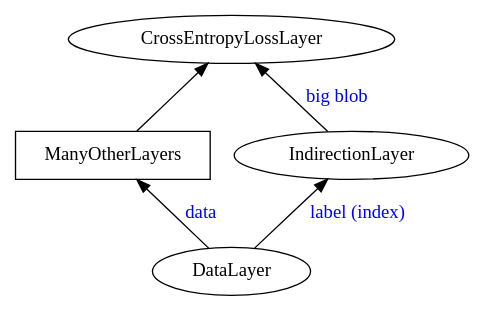
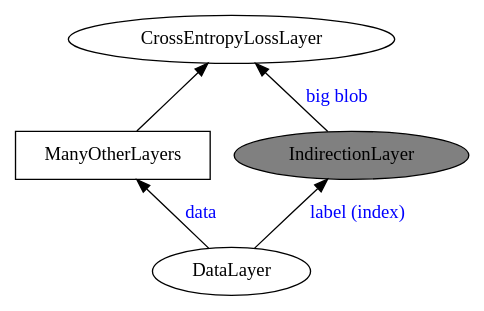
Before and after one commit to netheril96/images: the diagram in indirection_layer/2.dot, drawn with Graphviz. The commit also changed 3 other files, not shown here.

Commit message:
Emphasize indirection layer

```diff
--- a/indirection_layer/2.dot
+++ b/indirection_layer/2.dot
@@ -1,9 +1,10 @@
 digraph IndirectionExample {
     rankdir = "BT";
     edge [fontcolor="blue"];
     ManyOtherLayers [shape = box];
+    IndirectionLayer [fillcolor = "gray", style="filled"];
     DataLayer -> ManyOtherLayers [label = "data"];
     DataLayer -> IndirectionLayer [label = "label (index)"];
     IndirectionLayer -> CrossEntropyLossLayer [label = "big blob"];
     ManyOtherLayers -> CrossEntropyLossLayer;
 }
```
